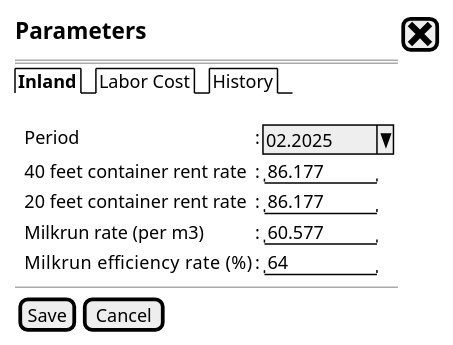
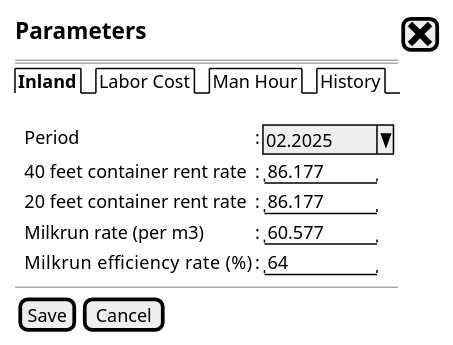
One commit to ari-fikri/packing-cost-mockup changed the diagram in params/param_inland.puml. Above: the diagram before and after it, drawn with PlantUML. The commit also changed 3 other files, not shown here.

```diff
--- a/params/param_inland.puml
+++ b/params/param_inland.puml
@@ -1,26 +1,26 @@
 @startsalt
 {
 <size:15><b>Parameters|[<size:25><&x>]|*
 ==
-{/ <b>Inland | Labor Cost | History}*
+{/ <b>Inland | Labor Cost | Man Hour | History}*
   
   .
   {
     .|Period                          |:|^ 02.2025 ^|*
     .|40 feet container rent rate     |:|" 86.177  "|*
     .|20 feet container rent rate     |:|" 86.177  "|*
     .|Milkrun rate (per m3)           |:|" 60.577  "|*
     .|Milkrun efficiency rate   (%)   |:|"  64     "|*
   }
   --
   {
     [Save]|[Cancel]
   }
 
 
 
 
 
 
 }
 @endsalt
```
